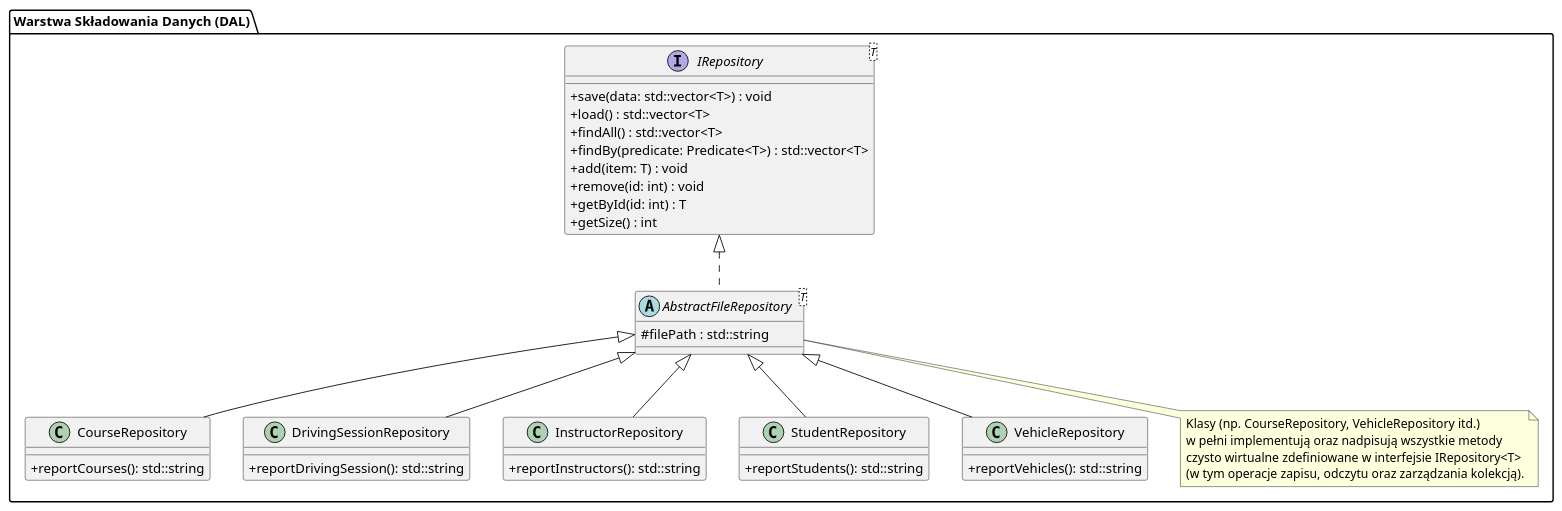
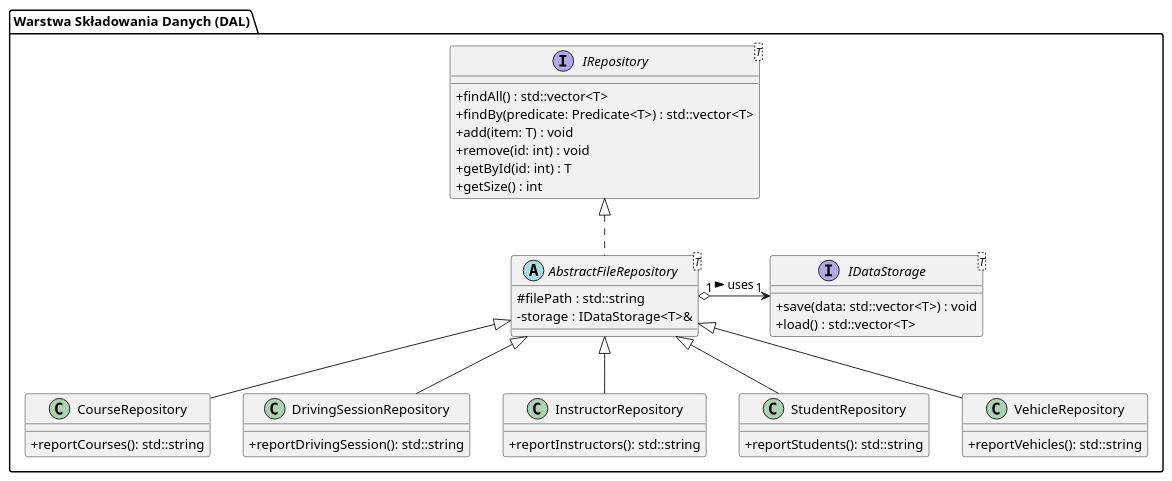
One commit to j-muszynski/Centrum-Szkoleniowe-POBI changed the diagram in uml/model/repositories.puml. Above: the diagram before and after it, drawn with PlantUML. The commit also changed 2 other files, not shown here.

Commit message:
Poprawki w diagramach UML zgodnie z wytycznymi z WIKAMP

```diff
--- a/uml/model/repositories.puml
+++ b/uml/model/repositories.puml
@@ -1,52 +1,58 @@
 @startuml
 skinparam classAttributeIconSize 0
 
 package "Warstwa Składowania Danych (DAL)" {
 
-    interface IRepository<T> {
+    interface IDataStorage<T> {
         + save(data: std::vector<T>) : void
         + load() : std::vector<T>
+    }
+
+    interface IRepository<T> {
         + findAll() : std::vector<T>
         + findBy(predicate: Predicate<T>) : std::vector<T>
         + add(item: T) : void
         + remove(id: int) : void
         + getById(id: int) : T
         + getSize() : int
     }
 
     abstract class AbstractFileRepository<T> {
         # filePath : std::string
+        ' Referencja
+        - storage : IDataStorage<T>&
     }
 
     IRepository <|.. AbstractFileRepository
+
+    ' Agregacja, bo AbstractFileRepository posiada mechanizm zapisu,
+    ' ale go nie tworzy, nwm czy nie dac notki na UML zeby sie znowu nie czepil
+    AbstractFileRepository "1" o-right-> "1" IDataStorage : uses >
 
     class CourseRepository {
         + reportCourses(): std::string
     }
 
     class DrivingSessionRepository {
         + reportDrivingSession(): std::string
     }
 
     class InstructorRepository {
         + reportInstructors(): std::string
     }
 
     class StudentRepository {
         + reportStudents(): std::string
     }
 
     class VehicleRepository {
         + reportVehicles(): std::string
     }
 
     AbstractFileRepository <|-- CourseRepository
     AbstractFileRepository <|-- DrivingSessionRepository
     AbstractFileRepository <|-- InstructorRepository
     AbstractFileRepository <|-- StudentRepository
     AbstractFileRepository <|-- VehicleRepository
-
-    note "Klasy (np. CourseRepository, VehicleRepository itd.)\nw pełni implementują oraz nadpisują wszystkie metody\nczysto wirtualne zdefiniowane w interfejsie IRepository<T>\n(w tym operacje zapisu, odczytu oraz zarządzania kolekcją)." as DAL_Note
-    AbstractFileRepository .. DAL_Note
 }
 @enduml
```
